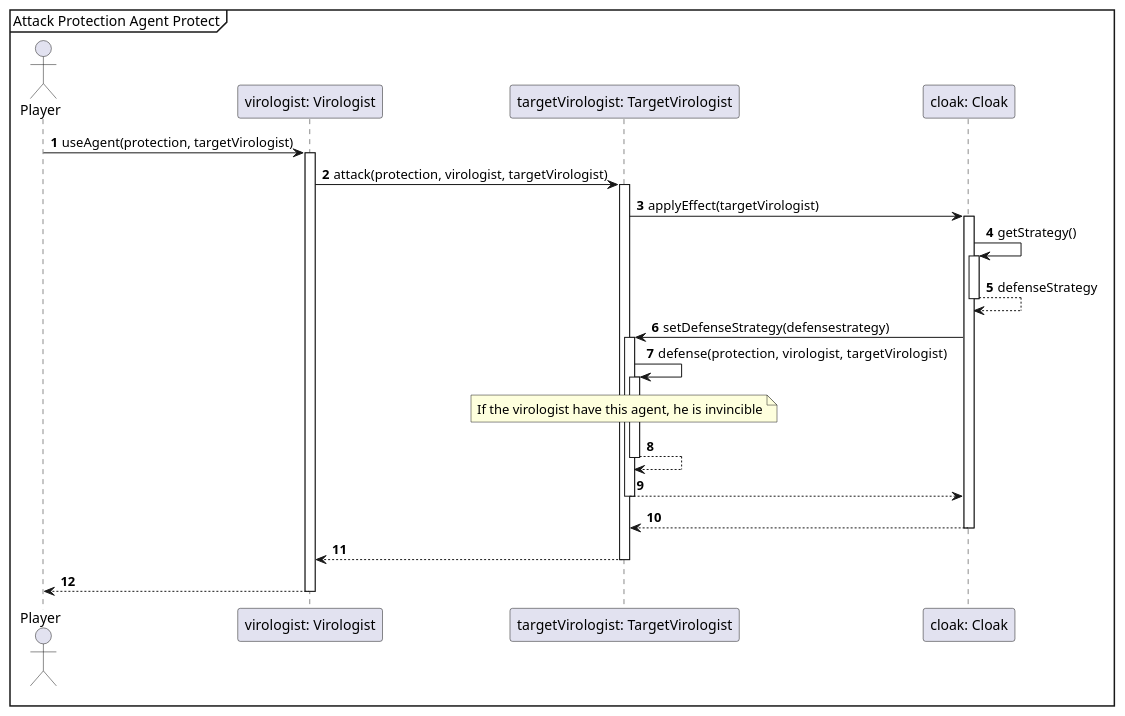
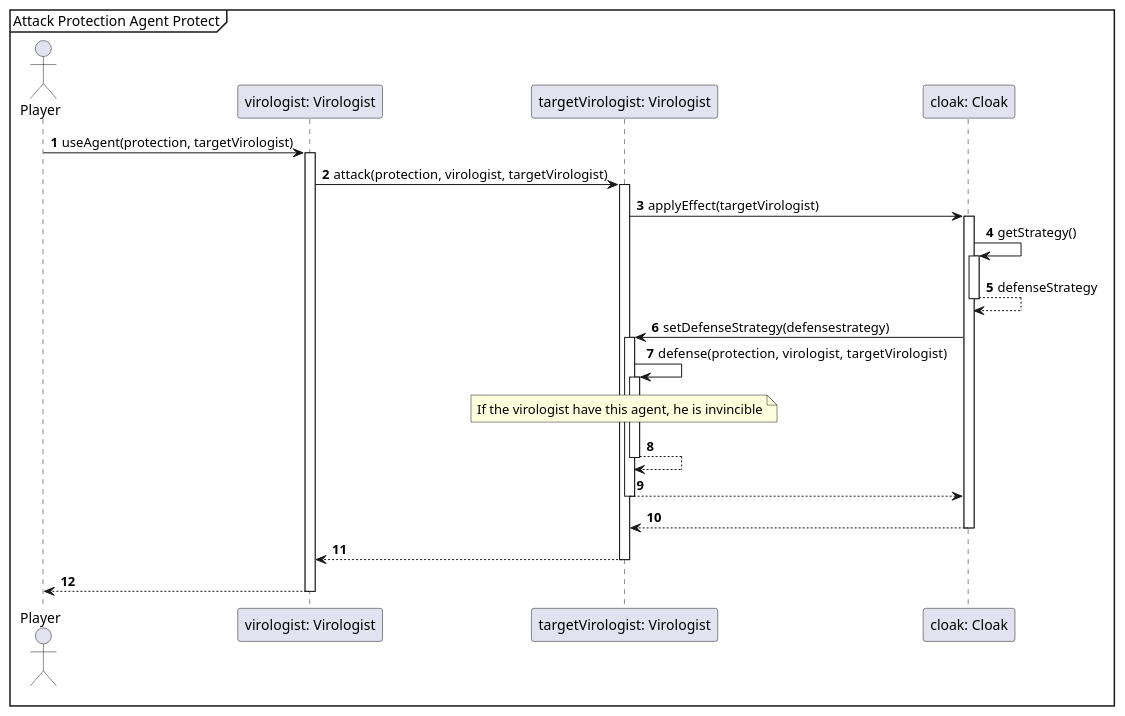
The diagram in Exact Sequence-diagrams/AttackProtectionAgentPROTECT.puml (Projlab-csb/projlab-virologus), drawn with PlantUML before and after one commit. The commit also changed 20 other files, not shown here.

Commit message:
Little changes in sequences

```diff
--- a/Exact Sequence-diagrams/AttackProtectionAgentPROTECT.puml
+++ b/Exact Sequence-diagrams/AttackProtectionAgentPROTECT.puml
@@ -1,37 +1,37 @@
 @startuml
 'https://plantuml.com/sequence-diagram
 
 autonumber
 
 mainframe Attack Protection Agent Protect
 
 actor Player
 
 Player -> "virologist: Virologist"++: useAgent(protection, targetVirologist)
- "virologist: Virologist" -> "targetVirologist: TargetVirologist"++: attack(protection, virologist, targetVirologist)
+ "virologist: Virologist" -> "targetVirologist: Virologist"++: attack(protection, virologist, targetVirologist)
 
- "targetVirologist: TargetVirologist" -> "cloak: Cloak" ++ : applyEffect(targetVirologist)
+ "targetVirologist: Virologist" -> "cloak: Cloak" ++ : applyEffect(targetVirologist)
 
  "cloak: Cloak"  -> "cloak: Cloak" ++ : getStrategy()
  "cloak: Cloak"  --> "cloak: Cloak" -- : defenseStrategy
 
- "cloak: Cloak"  -> "targetVirologist: TargetVirologist"++: setDefenseStrategy(defensestrategy)
+ "cloak: Cloak"  -> "targetVirologist: Virologist"++: setDefenseStrategy(defensestrategy)
 
 
-"targetVirologist: TargetVirologist" -> "targetVirologist: TargetVirologist"++: defense(protection, virologist,  targetVirologist)
+"targetVirologist: Virologist" -> "targetVirologist: Virologist"++: defense(protection, virologist,  targetVirologist)
 
 
-note over "targetVirologist: TargetVirologist"
+note over "targetVirologist: Virologist"
     If the virologist have this agent, he is invincible
 end note
 
-"targetVirologist: TargetVirologist" --> "targetVirologist: TargetVirologist" --
+"targetVirologist: Virologist" --> "targetVirologist: Virologist" --
 
-"targetVirologist: TargetVirologist" --> "cloak: Cloak" --
-"cloak: Cloak" --> "targetVirologist: TargetVirologist" --
+"targetVirologist: Virologist" --> "cloak: Cloak" --
+"cloak: Cloak" --> "targetVirologist: Virologist" --
 
 
-"targetVirologist: TargetVirologist" -->  "virologist: Virologist" --
+"targetVirologist: Virologist" -->  "virologist: Virologist" --
 
  "virologist: Virologist" --> Player --
 @enduml
```
